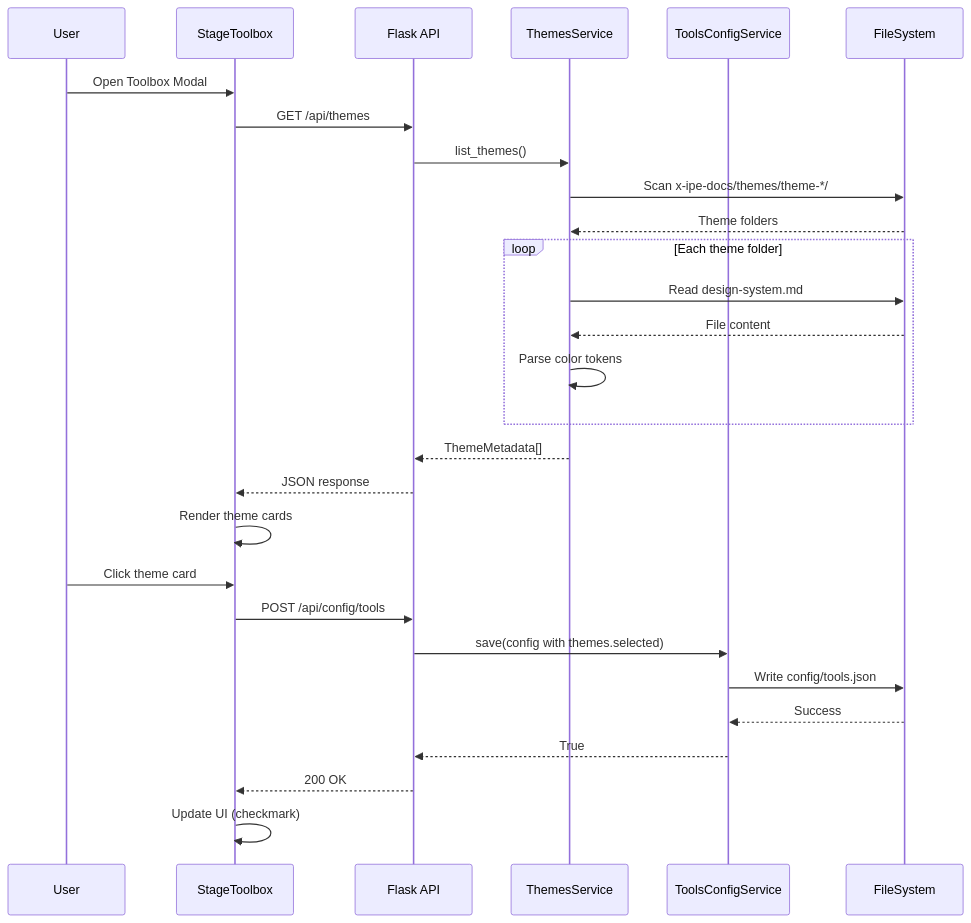
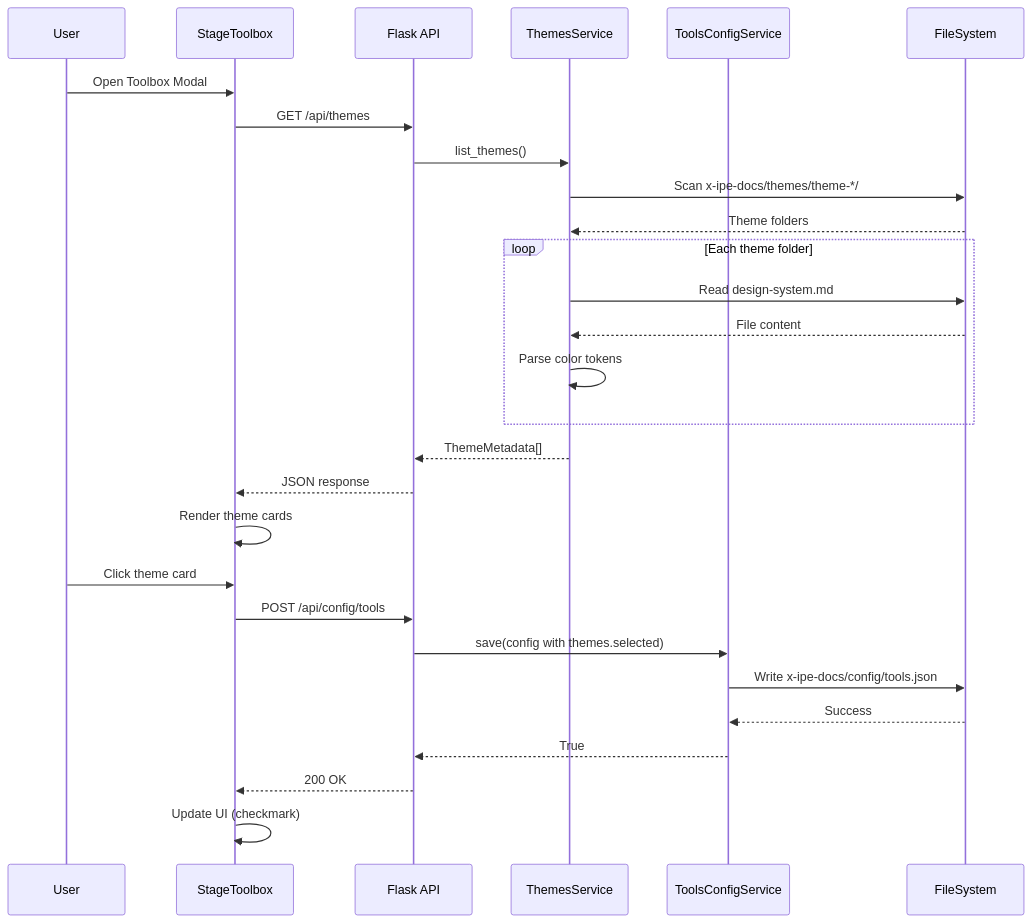
One commit to Young-Z/X-IPE changed the diagram in x-ipe-docs/requirements/FEATURE-012/technical-design.md. Above: the diagram before and after it, drawn with Mermaid. The commit also changed other lines of this file and 84 other files, not shown here.

````diff
--- a/x-ipe-docs/requirements/FEATURE-012/technical-design.md
+++ b/x-ipe-docs/requirements/FEATURE-012/technical-design.md
@@ -93,32 +93,32 @@
 ```mermaid
 sequenceDiagram
     participant U as User
     participant TB as StageToolbox
     participant API as Flask API
     participant TS as ThemesService
     participant TCS as ToolsConfigService
     participant FS as FileSystem
 
     U->>TB: Open Toolbox Modal
     TB->>API: GET /api/themes
     API->>TS: list_themes()
     TS->>FS: Scan x-ipe-docs/themes/theme-*/
     FS-->>TS: Theme folders
     loop Each theme folder
         TS->>FS: Read design-system.md
         FS-->>TS: File content
         TS->>TS: Parse color tokens
     end
     TS-->>API: ThemeMetadata[]
     API-->>TB: JSON response
     TB->>TB: Render theme cards
     
     U->>TB: Click theme card
     TB->>API: POST /api/config/tools
     API->>TCS: save(config with themes.selected)
-    TCS->>FS: Write config/tools.json
+    TCS->>FS: Write x-ipe-docs/config/tools.json
     FS-->>TCS: Success
     TCS-->>API: True
     API-->>TB: 200 OK
     TB->>TB: Update UI (checkmark)
 ```
````
